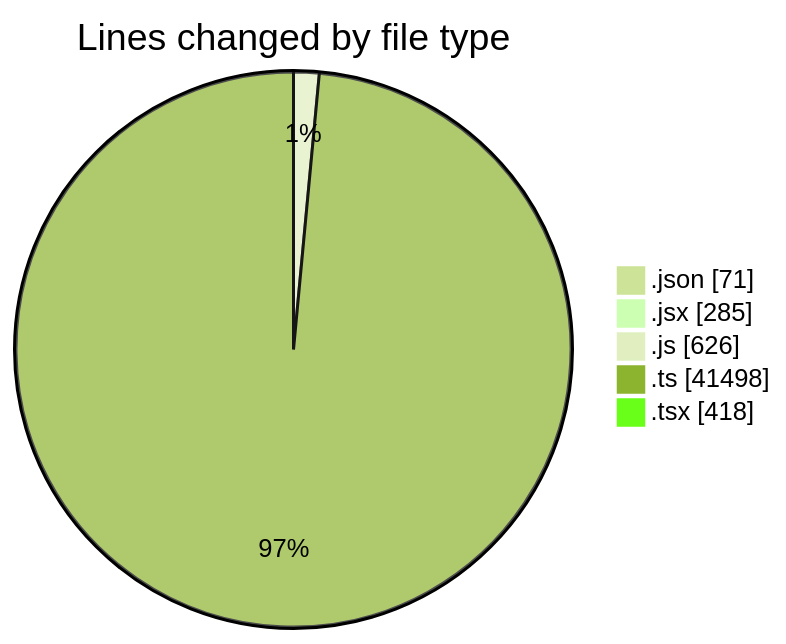
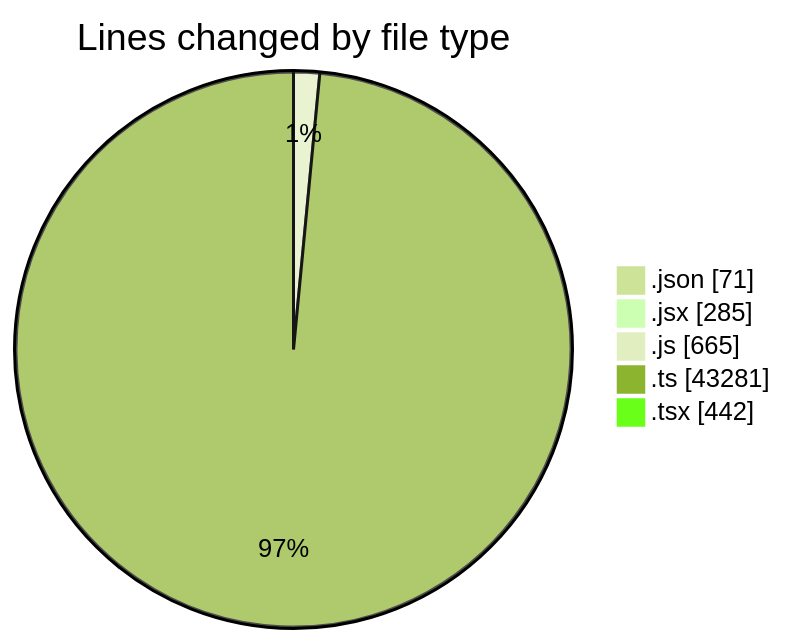
One commit to momahboobian/code-tracking changed the first of 2 diagrams in 2026-03-02/cda/README.md. Above: the diagram before and after it, drawn with Mermaid (forest theme). The commit also changed other lines of this file and 1 other file, not shown here.

````diff
--- a/2026-03-02/cda/README.md
+++ b/2026-03-02/cda/README.md
@@ -31,9 +31,9 @@
 ```mermaid
 pie showData
 title Lines changed by file type
 ".json" : 71
 ".jsx" : 285
-".js" : 626
-".ts" : 41498
-".tsx" : 418
+".js" : 665
+".ts" : 43281
+".tsx" : 442
 ```
````
